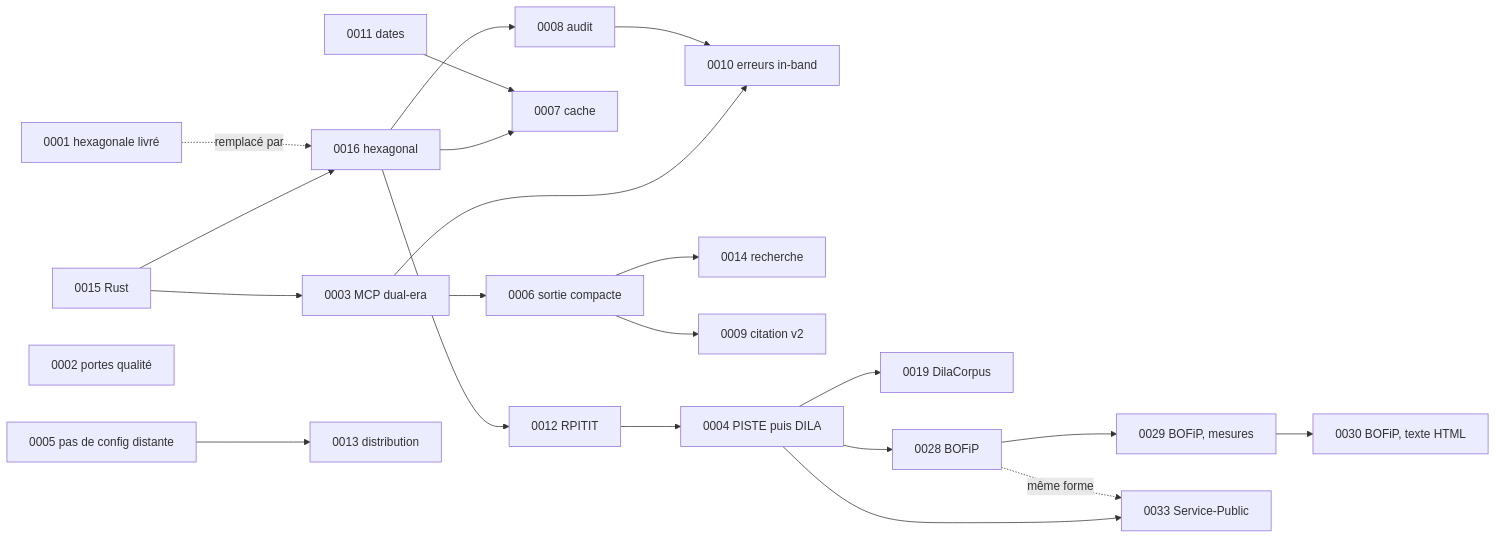
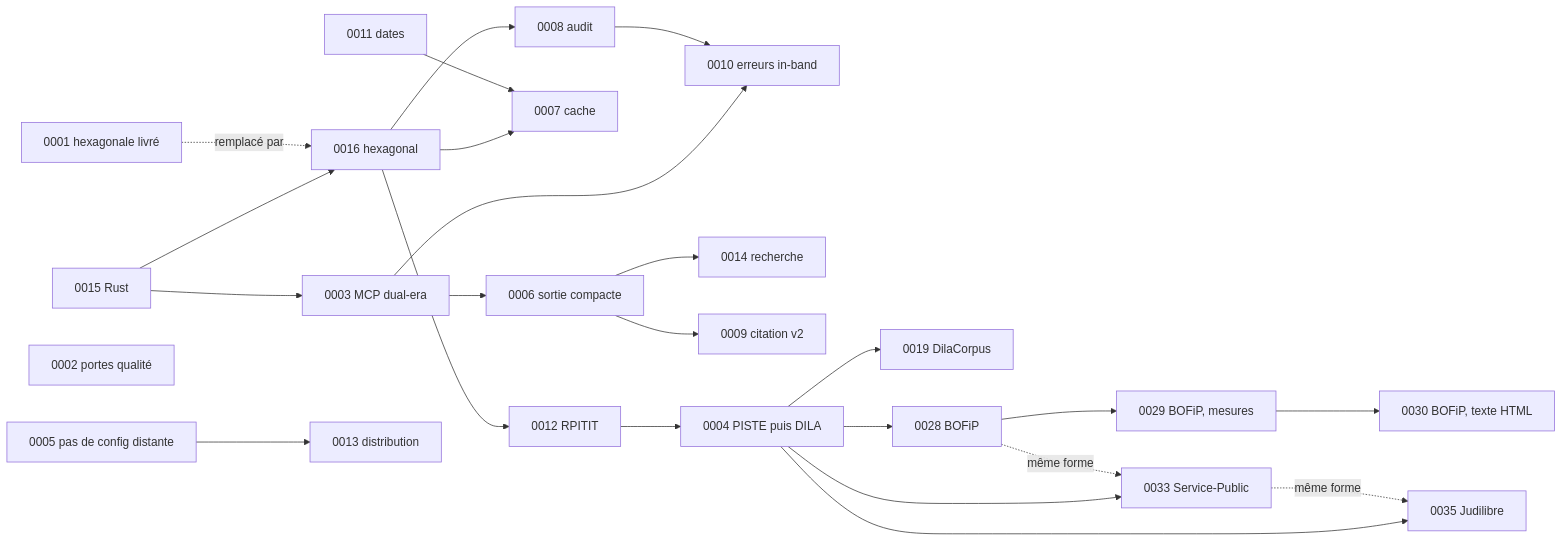
Before and after one commit to muchiny/mcp-legifrance: the second of 2 diagrams in docs/adr/README.md, drawn with Mermaid. The commit also changed other lines of this file and 6 other files, not shown here.

````diff
--- a/docs/adr/README.md
+++ b/docs/adr/README.md
@@ -158,24 +160,26 @@
 ```mermaid
 graph LR
     A15[0015 Rust] --> A16[0016 hexagonal]
     A01[0001 hexagonale livré] -. remplacé par .-> A16
     A02[0002 portes qualité]
     A16 --> A12[0012 RPITIT]
     A16 --> A7[0007 cache]
     A16 --> A8[0008 audit]
     A15 --> A3[0003 MCP dual-era]
     A3 --> A6[0006 sortie compacte]
     A3 --> A10[0010 erreurs in-band]
     A6 --> A14[0014 recherche]
     A6 --> A9[0009 citation v2]
     A12 --> A4[0004 PISTE puis DILA]
     A4 --> A19[0019 DilaCorpus]
     A4 --> A28[0028 BOFiP]
     A28 --> A29[0029 BOFiP, mesures]
     A29 --> A30[0030 BOFiP, texte HTML]
     A4 --> A33[0033 Service-Public]
     A28 -. même forme .-> A33
+    A4 --> A35[0035 Judilibre]
+    A33 -. même forme .-> A35
     A11[0011 dates] --> A7
     A5[0005 pas de config distante] --> A13[0013 distribution]
     A8 --> A10
 ```
````
